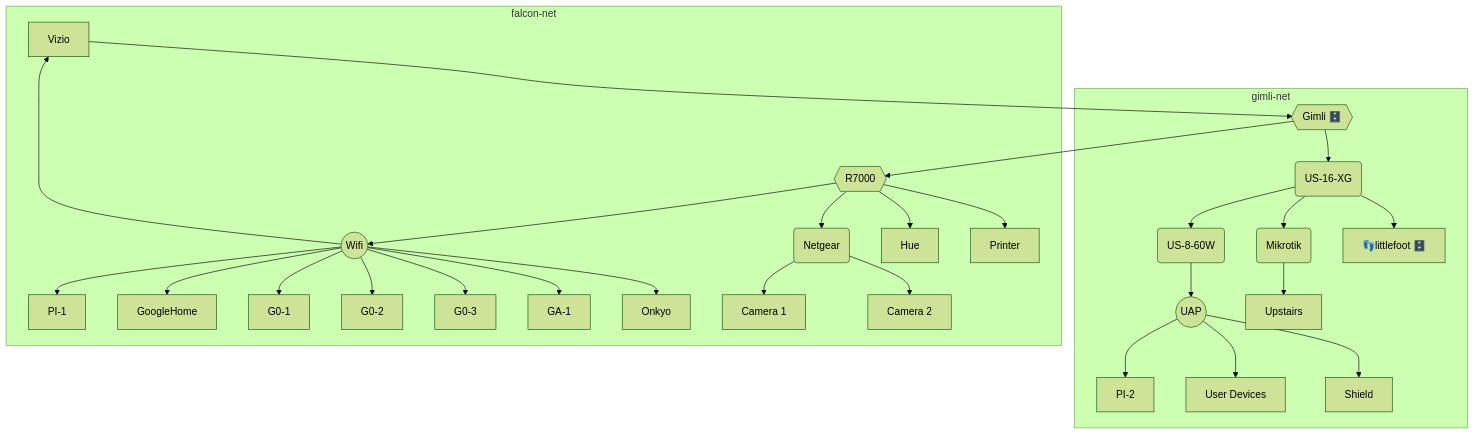
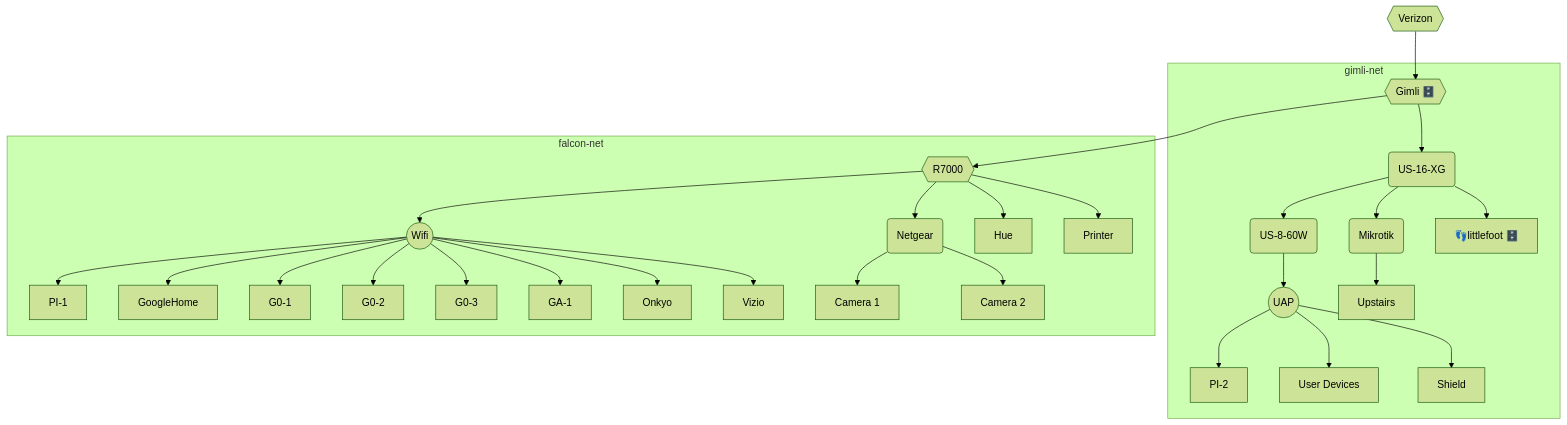
One commit to marklester/lesterlab changed the diagram in net-diagram.md. Above: the diagram before and after it, drawn with Mermaid (forest theme).

Commit message:
fix bad link

````diff
--- a/net-diagram.md
+++ b/net-diagram.md
@@ -1,32 +1,32 @@
 ```mermaid
 graph TD
     V{{Verizon}} -->G{{"Gimli 🗄️"}}
     subgraph gimli-net
         G  --> XG(US-16-XG)
         XG --> U8(US-8-60W)
         XG --> M(Mikrotik)
         XG -->L["👣littlefoot 🗄️"]
         U8 -->UAP((UAP))
         UAP-->PI2[PI-2]
         UAP-->D[User Devices]
         UAP-->SH[Shield]
         M--> UP[Upstairs]
     end
     subgraph falcon-net
         G-->R{{R7000}}
         R-->N8(Netgear)
         R-->NW((Wifi))
         NW-->PI1[PI-1]
         NW-->G0[GoogleHome]
         NW-->G1[G0-1]
         NW-->G2[G0-2]
         NW-->G3[G0-3]
         NW-->G4[GA-1]
         NW-->OY[Onkyo]
-        NW-->V[Vizio]
+        NW-->VZ[Vizio]
         N8-->C[Camera 1]
         N8-->C2[Camera 2]
         R-->H[Hue]
         R-->B[Printer]
     end
 ```
````
